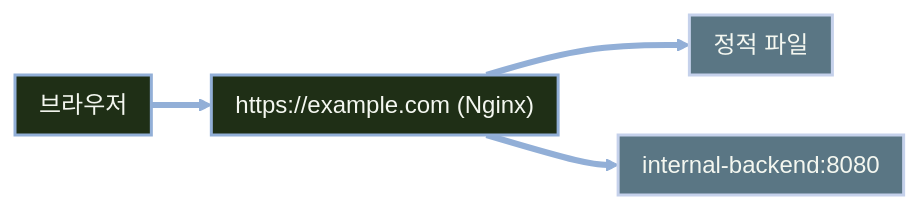
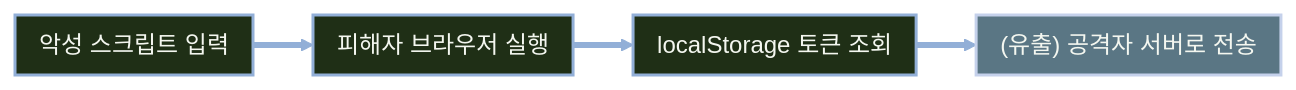
Before and after one commit to qus0in/slide-maker: the third of 5 diagrams in slides.md, drawn with Mermaid. The commit also changed other lines of this file, not shown here.

````diff
--- a/slides.md
+++ b/slides.md
@@ -482,23 +245,23 @@
 ```mermaid
 ---
 config:
   themeVariables:
     lineColor: "#92AFD7"
     arrowheadColor: "#92AFD7"
     edgeLabelBackground: "#1F2F16"
   flowchart:
     padding: 8
     nodeSpacing: 40
     rankSpacing: 40
 ---
 flowchart LR
-  A["브라우저"] --> B["https://example.com (Nginx)"]
-  B --> C["정적 파일"]
-  B --> D["internal-backend:8080"]
+  A["악성 스크립트 입력"] --> B["피해자 브라우저 실행"]
+  B --> C["localStorage 토큰 조회"]
+  C --> D["(유출) 공격자 서버로 전송"]
 
-  class A,B step
-  class C,D result
+  class A,B,C step
+  class D result
   classDef step fill:#1F2F16,stroke:#92AFD7,color:#F4F7F0,stroke-width:2px
   classDef result fill:#5A7684,stroke:#C5D1EB,color:#F4F7F0,stroke-width:2px
   linkStyle default stroke:#92AFD7,stroke-width:4px
 ```
````
